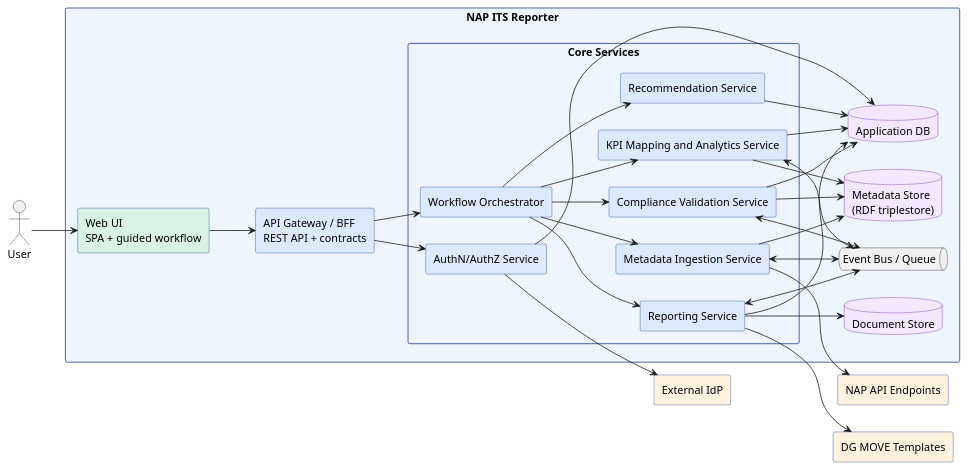
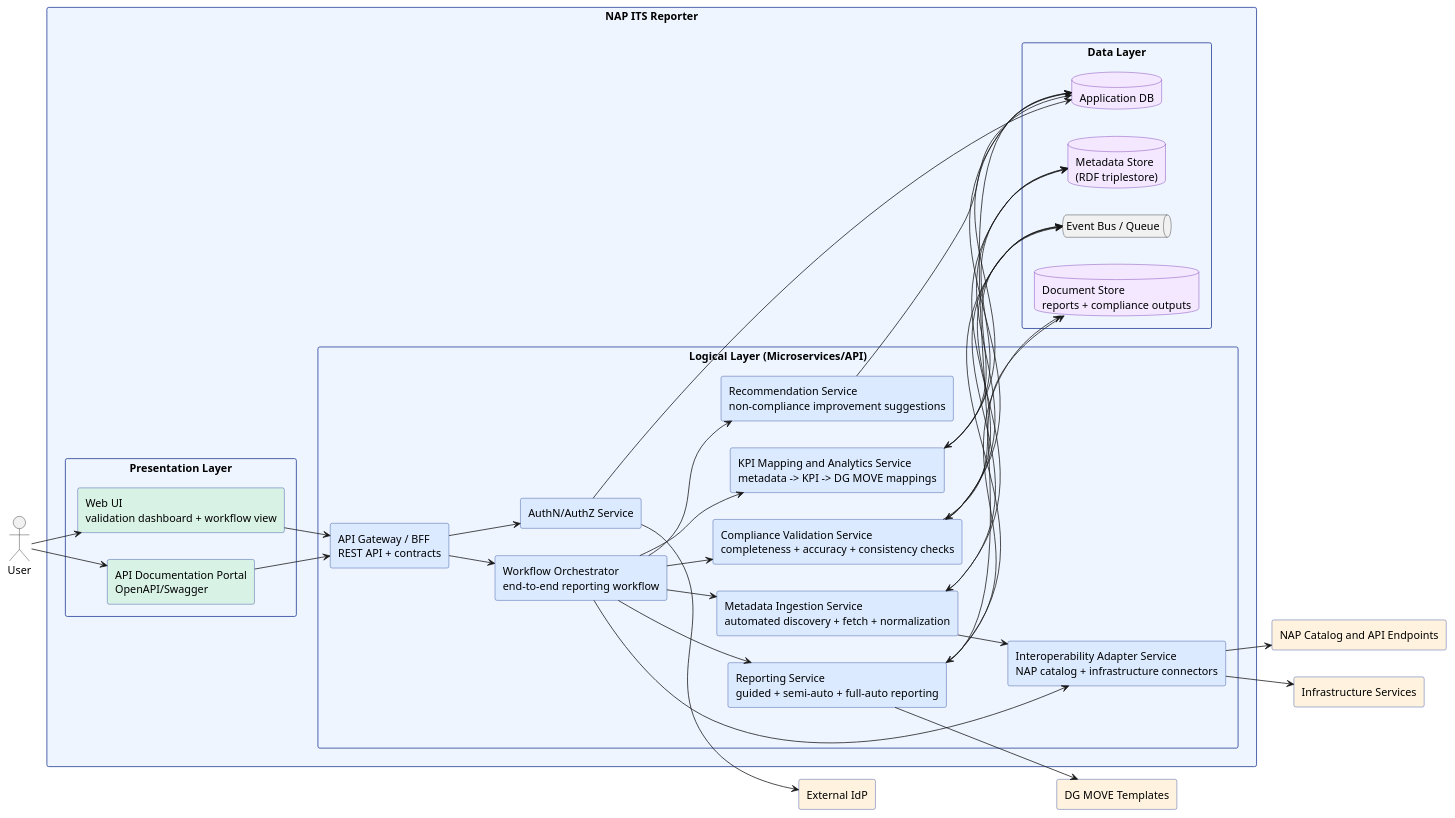
One commit to UM-KGPI/Napcore-ITS-Reporting changed the diagram in Napcore-ITS-Reporting/docs/architecture/puml/container.puml. Above: the diagram before and after it, drawn with PlantUML. The commit also changed 11 other files, not shown here.

Commit message:
Refine architecture diagrams against contract requirements

```diff
--- a/Napcore-ITS-Reporting/docs/architecture/puml/container.puml
+++ b/Napcore-ITS-Reporting/docs/architecture/puml/container.puml
@@ -1,72 +1,85 @@
 @startuml
 ' Container Diagram (Level 2)
 skinparam shadowing false
 skinparam componentStyle rectangle
 skinparam packageStyle rectangle
 left to right direction
 
 skinparam rectangle {
   BackgroundColor #eef5ff
   BorderColor #1f3a93
 }
 skinparam database {
   BackgroundColor #f3e8ff
   BorderColor #6b21a8
 }
 
 actor "User" as USER
 
 package "NAP ITS Reporter" {
-  rectangle "Web UI\nSPA + guided workflow" as UI #d9f2e6
-  rectangle "API Gateway / BFF\nREST API + contracts" as BFF #dbeafe
+  package "Presentation Layer" {
+    rectangle "Web UI\nvalidation dashboard + workflow view" as UI #d9f2e6
+    rectangle "API Documentation Portal\nOpenAPI/Swagger" as APIDOC #d9f2e6
+  }
 
-  package "Core Services" {
-    rectangle "Metadata Ingestion Service" as ING #dbeafe
-    rectangle "Compliance Validation Service" as VAL #dbeafe
-    rectangle "KPI Mapping and Analytics Service" as KPI #dbeafe
-    rectangle "Reporting Service" as REP #dbeafe
-    rectangle "Recommendation Service" as REC #dbeafe
-    rectangle "Workflow Orchestrator" as WF #dbeafe
+  package "Logical Layer (Microservices/API)" {
+    rectangle "API Gateway / BFF\nREST API + contracts" as BFF #dbeafe
+    rectangle "Metadata Ingestion Service\nautomated discovery + fetch + normalization" as ING #dbeafe
+    rectangle "Interoperability Adapter Service\nNAP catalog + infrastructure connectors" as INTEROP #dbeafe
+    rectangle "Compliance Validation Service\ncompleteness + accuracy + consistency checks" as VAL #dbeafe
+    rectangle "KPI Mapping and Analytics Service\nmetadata -> KPI -> DG MOVE mappings" as KPI #dbeafe
+    rectangle "Reporting Service\nguided + semi-auto + full-auto reporting" as REP #dbeafe
+    rectangle "Recommendation Service\nnon-compliance improvement suggestions" as REC #dbeafe
+    rectangle "Workflow Orchestrator\nend-to-end reporting workflow" as WF #dbeafe
     rectangle "AuthN/AuthZ Service" as IAM #dbeafe
   }
 
-  database "Metadata Store\n(RDF triplestore)" as META
-  database "Application DB" as APPDB
-  database "Document Store" as DOCS
-  queue "Event Bus / Queue" as MQ
+  package "Data Layer" {
+    database "Metadata Store\n(RDF triplestore)" as META
+    database "Application DB" as APPDB
+    database "Document Store\nreports + compliance outputs" as DOCS
+    queue "Event Bus / Queue" as MQ
+  }
 }
 
-rectangle "NAP API Endpoints" as NAP #fff3e0
+rectangle "NAP Catalog and API Endpoints" as NAP #fff3e0
+rectangle "Infrastructure Services" as INFRA #fff3e0
 rectangle "DG MOVE Templates" as DGT #fff3e0
 rectangle "External IdP" as IDP #fff3e0
 
 USER --> UI
 UI --> BFF
+USER --> APIDOC
+APIDOC --> BFF
 BFF --> IAM
 BFF --> WF
 
 WF --> ING
+WF --> INTEROP
 WF --> VAL
 WF --> KPI
 WF --> REP
 WF --> REC
 
-ING --> NAP
+ING --> INTEROP
+INTEROP --> NAP
+INTEROP --> INFRA
 ING --> META
 VAL --> META
 VAL --> APPDB
+VAL --> DOCS
 KPI --> META
 KPI --> APPDB
 REP --> DGT
 REP --> DOCS
 REP --> APPDB
 REC --> APPDB
 
 ING <--> MQ
 VAL <--> MQ
 KPI <--> MQ
 REP <--> MQ
 
 IAM --> IDP
 IAM --> APPDB
 @enduml
```
